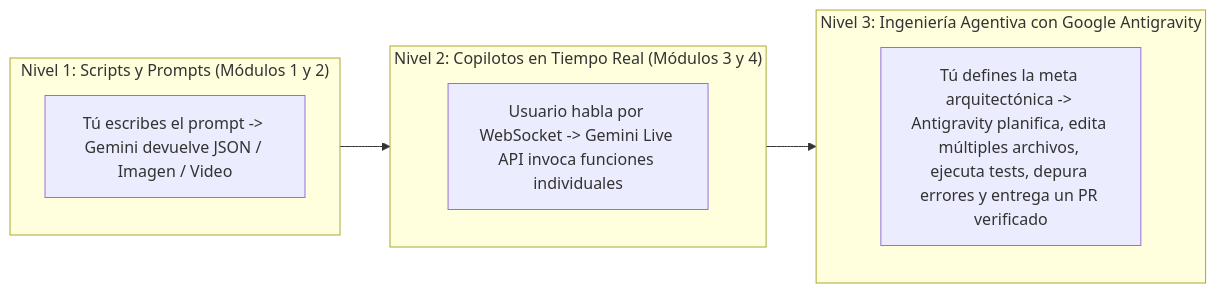
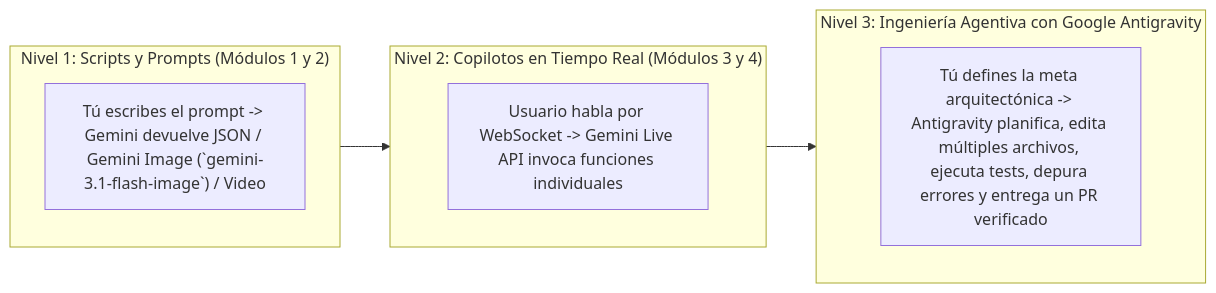
The diagram in es/surprise-finisher-graduate-to-antigravity/README.md (AllInVaders/aistudio-full-course), drawn with Mermaid before and after one commit. The commit also changed 30 other files, not shown here.

Commit message:
feat: upgrade all models across curriculum, labs, portal & notebooks to Sep 2026 lineup (Gemini 3.7 Flash, 3.1 Pro, Gemini 3.1 Flash Image / Nano Banana 2, Gemini Omni 1.1 Flash Video, Gemini 3.8 Live)

````diff
--- a/es/surprise-finisher-graduate-to-antigravity/README.md
+++ b/es/surprise-finisher-graduate-to-antigravity/README.md
@@ -13,16 +13,16 @@
 ```mermaid
 flowchart LR
     subgraph Nivel1["Nivel 1: Scripts y Prompts (Módulos 1 y 2)"]
-        P1["Tú escribes el prompt -> Gemini devuelve JSON / Imagen / Video"]
+        P1["Tú escribes el prompt -> Gemini devuelve JSON / Gemini Image (`gemini-3.1-flash-image`) / Video"]
     end
 
     subgraph Nivel2["Nivel 2: Copilotos en Tiempo Real (Módulos 3 y 4)"]
         P2["Usuario habla por WebSocket -> Gemini Live API invoca funciones individuales"]
     end
 
     subgraph Nivel3["Nivel 3: Ingeniería Agentiva con Google Antigravity"]
         P3["Tú defines la meta arquitectónica -> Antigravity planifica, edita múltiples archivos, ejecuta tests, depura errores y entrega un PR verificado"]
     end
 
     Nivel1 --> Nivel2 --> Nivel3
 ```
````
